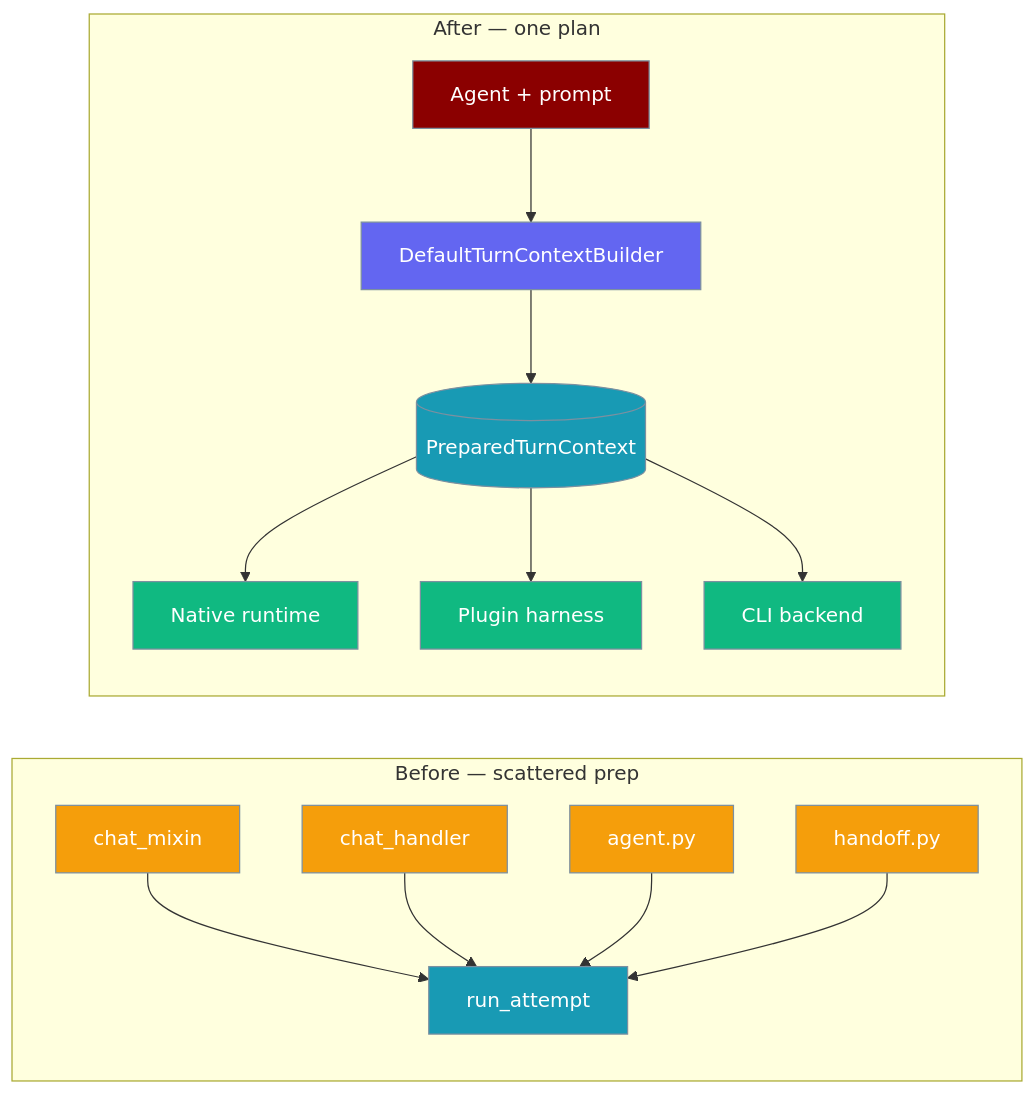
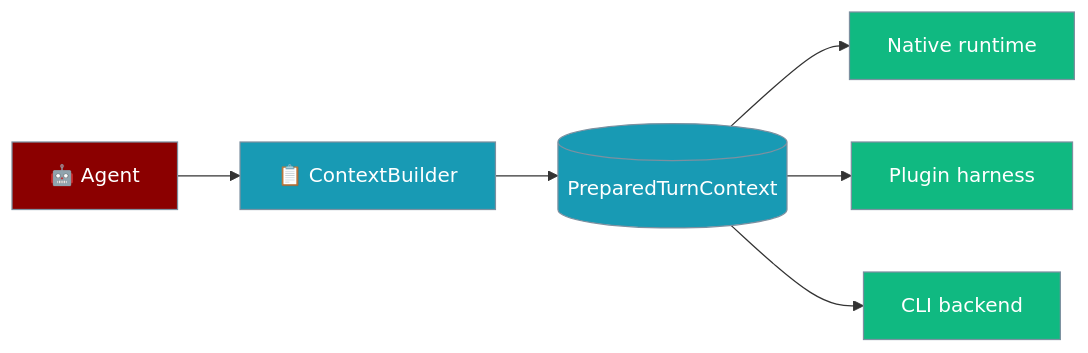
One commit to MervinPraison/PraisonAIDocs changed the first of 2 diagrams in docs/features/prepared-turn-context.mdx. Above: the diagram before and after it, drawn with Mermaid. The commit also changed other lines of this file and 4 other files, not shown here.

````diff
--- a/docs/features/prepared-turn-context.mdx
+++ b/docs/features/prepared-turn-context.mdx
@@ -10,22 +19,16 @@
 ```mermaid
 graph LR
-    subgraph Before["Before — scattered prep"]
-        A1[chat_mixin]:::warn --> X[run_attempt]:::process
-        A2[chat_handler]:::warn --> X
-        A3[agent.py]:::warn --> X
-        A4[handoff.py]:::warn --> X
-    end
-    subgraph After["After — one plan"]
-        B[Agent + prompt]:::input --> C[DefaultTurnContextBuilder]:::config
-        C --> D[(PreparedTurnContext)]:::process
-        D --> R1[Native runtime]:::result
-        D --> R2[Plugin harness]:::result
-        D --> R3[CLI backend]:::result
-    end
+    Agent[🤖 Agent] --> Builder[📋 ContextBuilder]
+    Builder --> Plan[(PreparedTurnContext)]
+    Plan --> Native[Native runtime]
+    Plan --> Plugin[Plugin harness]
+    Plan --> CLI[CLI backend]
 
     classDef input fill:#8B0000,stroke:#7C90A0,color:#fff
-    classDef config fill:#6366F1,stroke:#7C90A0,color:#fff
     classDef process fill:#189AB4,stroke:#7C90A0,color:#fff
-    classDef warn fill:#F59E0B,stroke:#7C90A0,color:#fff
     classDef result fill:#10B981,stroke:#7C90A0,color:#fff
+
+    class Agent input
+    class Builder,Plan process
+    class Native,Plugin,CLI result
 ```
````
